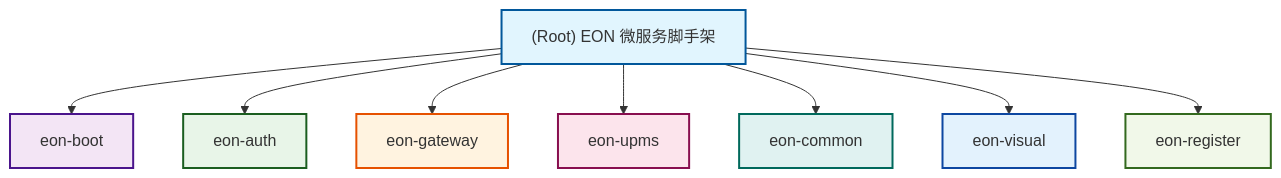
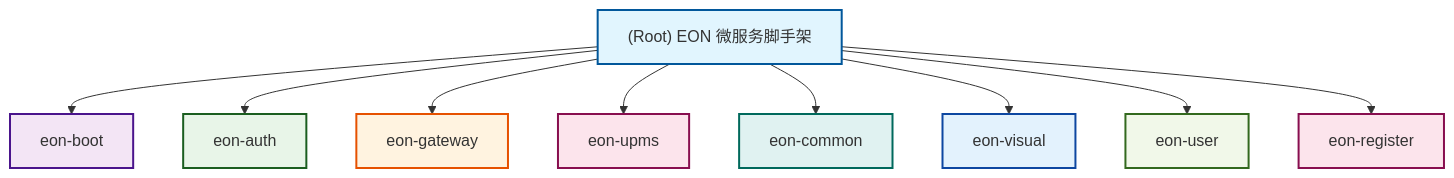
One commit to pigzwy/eon changed the diagram in CLAUDE.md. Above: the diagram before and after it, drawn with Mermaid. The commit also changed other lines of this file and 5 other files, not shown here.

````diff
--- a/CLAUDE.md
+++ b/CLAUDE.md
@@ -25,27 +33,30 @@
 ```mermaid
 graph TD
     A["(Root) EON 微服务脚手架"] --> B["eon-boot"];
     A --> C["eon-auth"];
     A --> D["eon-gateway"];
     A --> E["eon-upms"];
     A --> F["eon-common"];
     A --> G["eon-visual"];
-    A --> H["eon-register"];
+    A --> H["eon-user"];
+    A --> I["eon-register"];
 
     click B "./eon-boot/CLAUDE.md" "查看单体启动器模块文档"
     click C "./eon-auth/CLAUDE.md" "查看授权服务模块文档"
     click D "./eon-gateway/CLAUDE.md" "查看网关服务模块文档"
     click E "./eon-upms/CLAUDE.md" "查看用户权限管理模块文档"
     click F "./eon-common/CLAUDE.md" "查看公共组件模块文档"
     click G "./eon-visual/CLAUDE.md" "查看可视化工具模块文档"
-    click H "./eon-register/CLAUDE.md" "查看注册中心配置文档"
+    click H "./eon-user/CLAUDE.md" "查看用户服务模块文档"
+    click I "./eon-register/CLAUDE.md" "查看注册中心配置文档"
 
     style A fill:#e1f5fe,stroke:#01579b,stroke-width:2px
     style B fill:#f3e5f5,stroke:#4a148c,stroke-width:2px
     style C fill:#e8f5e8,stroke:#1b5e20,stroke-width:2px
     style D fill:#fff3e0,stroke:#e65100,stroke-width:2px
     style E fill:#fce4ec,stroke:#880e4f,stroke-width:2px
     style F fill:#e0f2f1,stroke:#00695c,stroke-width:2px
     style G fill:#e3f2fd,stroke:#0d47a1,stroke-width:2px
     style H fill:#f1f8e9,stroke:#33691e,stroke-width:2px
+    style I fill:#fce4ec,stroke:#880e4f,stroke-width:2px
 ```
````
